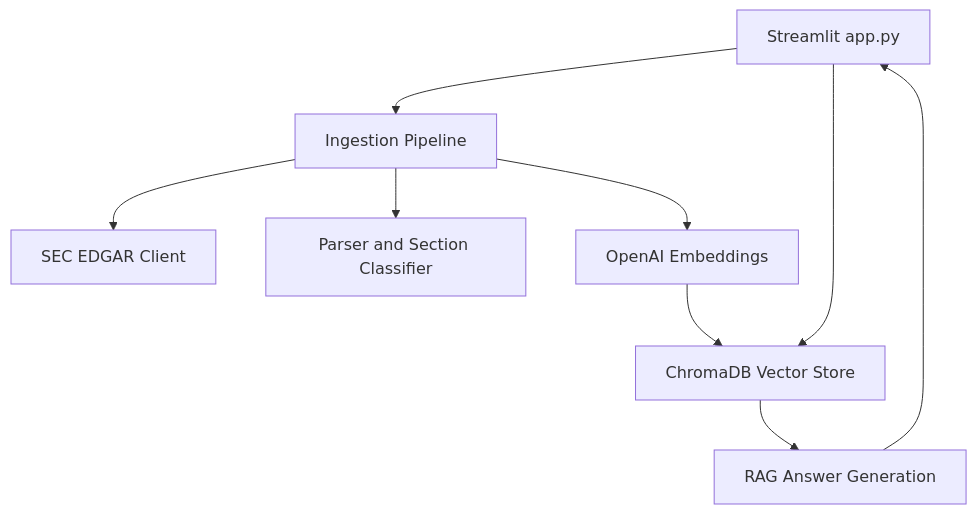
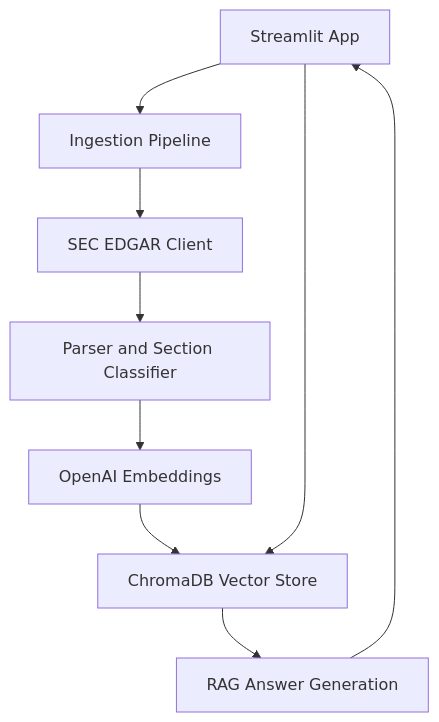
The diagram in README.md (praneethkorada-1998/sec-10k-rag-assistant-v1), drawn with Mermaid before and after one commit.

Commit message:
Fix Mermaid architecture diagram
Updated the README architecture diagram with GitHub-compatible Mermaid syntax.

````diff
--- a/README.md
+++ b/README.md
@@ -105,11 +105,19 @@
 ```mermaid
 flowchart TD
-    UI[Streamlit app.py] --> ING[Ingestion Pipeline]
-    ING --> SEC[SEC EDGAR Client]
-    ING --> PARSER[Parser and Section Classifier]
-    ING --> EMB[OpenAI Embeddings]
-    EMB --> VECTOR[ChromaDB Vector Store]
+    UI["Streamlit App"]
+    ING["Ingestion Pipeline"]
+    SEC["SEC EDGAR Client"]
+    PARSER["Parser and Section Classifier"]
+    EMB["OpenAI Embeddings"]
+    VECTOR["ChromaDB Vector Store"]
+    RAG["RAG Answer Generation"]
+
+    UI --> ING
+    ING --> SEC
+    SEC --> PARSER
+    PARSER --> EMB
+    EMB --> VECTOR
     UI --> VECTOR
-    VECTOR --> RAG[RAG Answer Generation]
+    VECTOR --> RAG
     RAG --> UI
 ```
````
